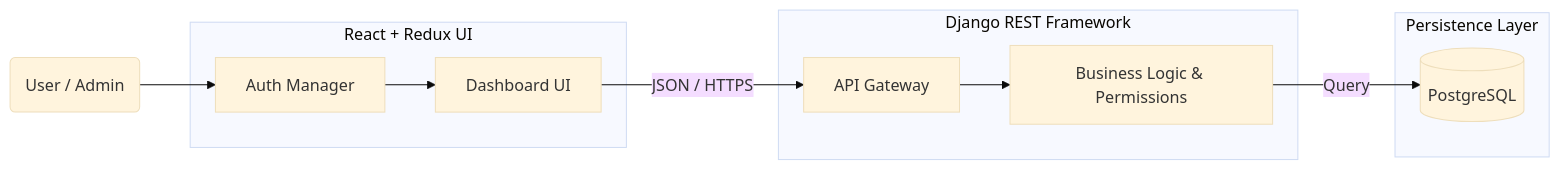
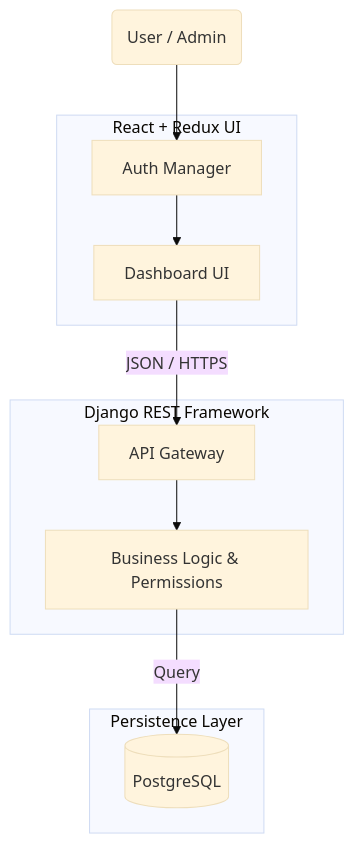
Before and after one commit to MushfiqPlabon/MushfiqPlabon: the diagram in README.md, drawn with Mermaid (base theme).

Commit message:
Refactor: Update Mermaid diagram to top-to-bottom orientation

````diff
--- a/README.md
+++ b/README.md
@@ -71,24 +71,24 @@
 ```mermaid
-flowchart LR
+flowchart TD
     User(User / Admin)
     
     subgraph Frontend [React + Redux UI]
         Auth[Auth Manager]
         Dash[Dashboard UI]
     end
 
     subgraph Backend [Django REST Framework]
         API[API Gateway]
         Logic[Business Logic & Permissions]
     end
 
     subgraph Data [Persistence Layer]
         DB[(PostgreSQL)]
     end
 
     User --> Auth
     Auth --> Dash
     Dash -- "JSON / HTTPS" --> API
     API --> Logic
     Logic -- "Query" --> DB
 ```
````
